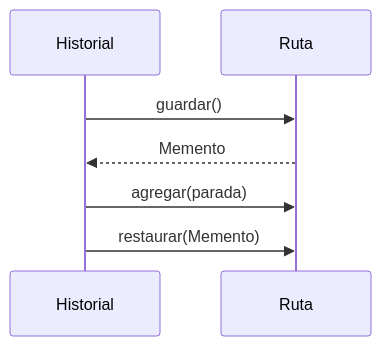
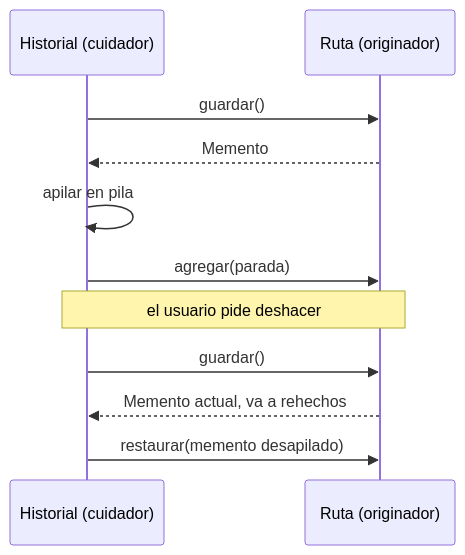
One commit to NICORUIZ93/The_Imperial_Book changed the seventh of 9 diagrams in web/public/content/foundations/modulo-13.md. Above: the diagram before and after it, drawn with Mermaid. The commit also changed other lines of this file, not shown here.

````diff
--- a/web/public/content/foundations/modulo-13.md
+++ b/web/public/content/foundations/modulo-13.md
@@ -478,9 +1643,13 @@
 ```mermaid
 sequenceDiagram
-    participant H as Historial
-    participant R as Ruta
+    participant H as Historial (cuidador)
+    participant R as Ruta (originador)
     H->>R: guardar()
     R-->>H: Memento
+    H->>H: apilar en pila
     H->>R: agregar(parada)
-    H->>R: restaurar(Memento)
+    Note over H,R: el usuario pide deshacer
+    H->>R: guardar()
+    R-->>H: Memento actual, va a rehechos
+    H->>R: restaurar(memento desapilado)
 ```
````
